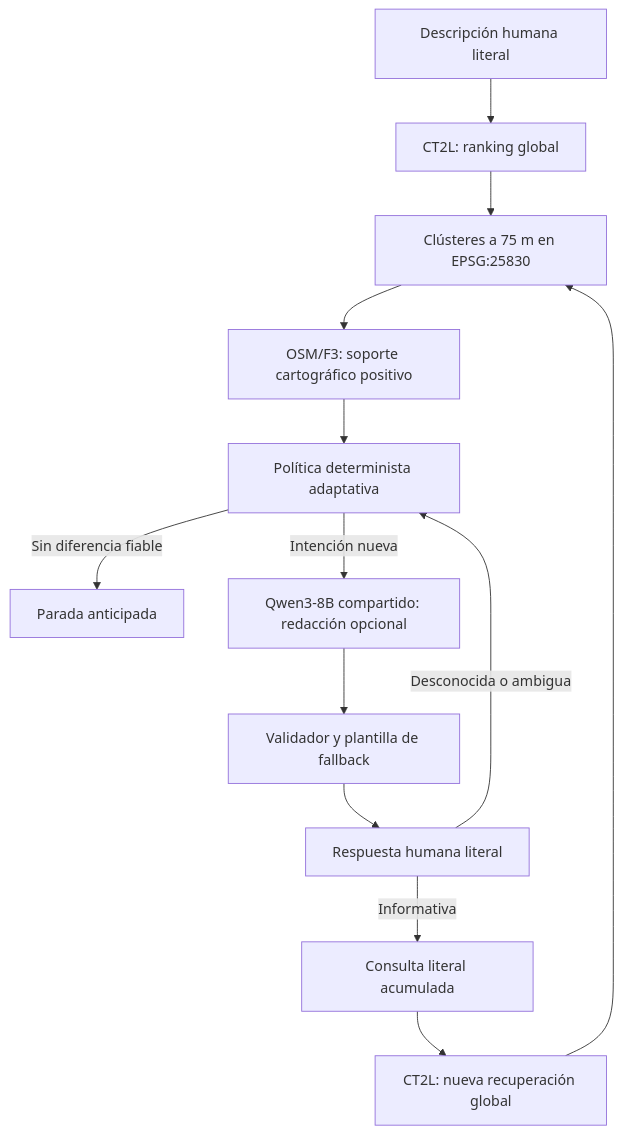
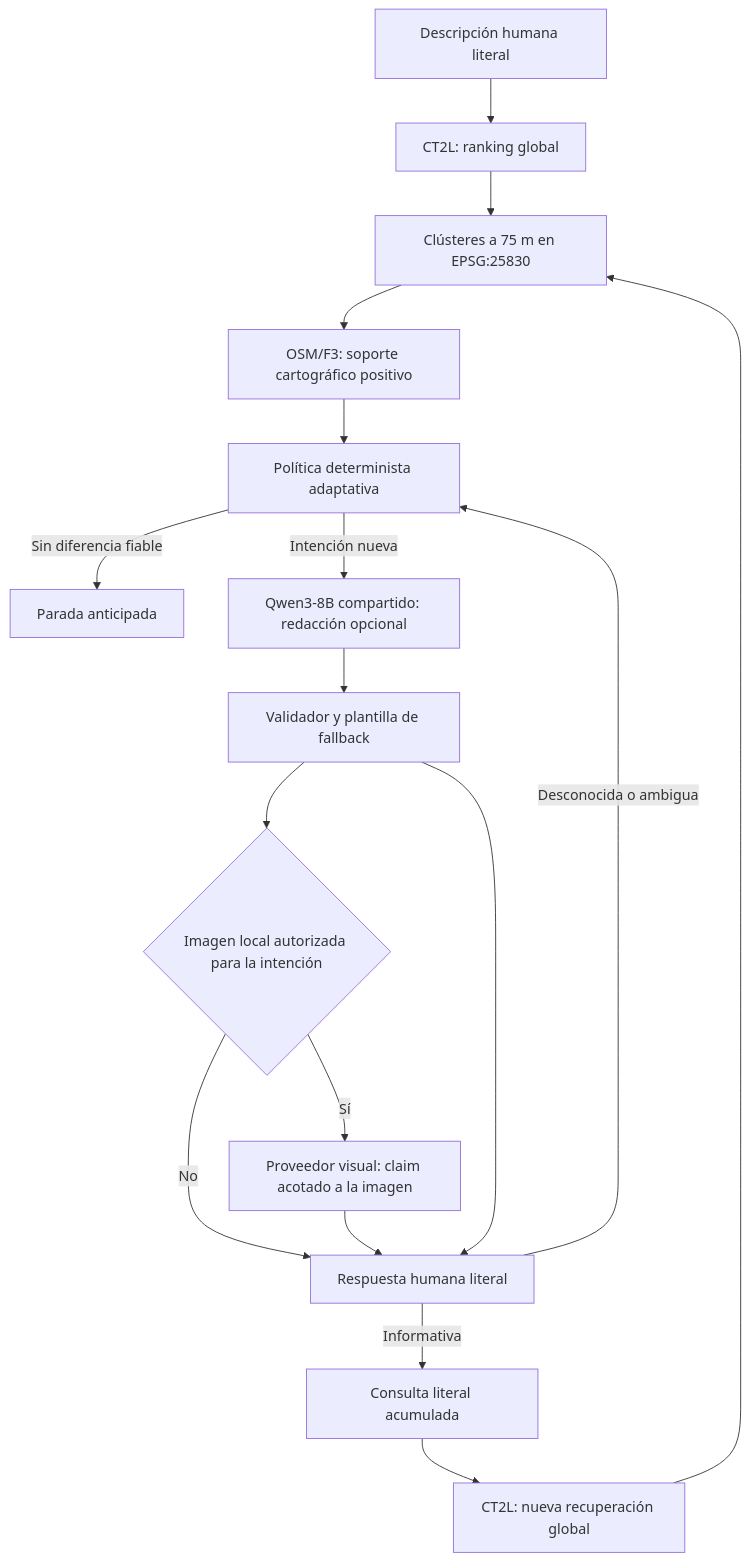
One commit to gaxur/TFG-geolocalizacion-textual changed the first of 3 diagrams in docs/INTERACTIVE_DIALOGUE_MVP.md. Above: the diagram before and after it, drawn with Mermaid. The commit also changed other lines of this file and 52 other files, not shown here.

````diff
--- a/docs/INTERACTIVE_DIALOGUE_MVP.md
+++ b/docs/INTERACTIVE_DIALOGUE_MVP.md
@@ -21,15 +24,19 @@
 ```mermaid
 flowchart TD
     U[Descripción humana literal] --> C1[CT2L: ranking global]
     C1 --> H[Clústeres a 75 m en EPSG:25830]
     H --> F[OSM/F3: soporte cartográfico positivo]
     F --> P[Política determinista adaptativa]
     P -->|Sin diferencia fiable| S[Parada anticipada]
     P -->|Intención nueva| Q[Qwen3-8B compartido: redacción opcional]
     Q --> V[Validador y plantilla de fallback]
+    V --> X{Imagen local autorizada para la intención}
+    X -->|Sí| XV[Proveedor visual: claim acotado a la imagen]
+    X -->|No| A
+    XV --> A
     V --> A[Respuesta humana literal]
     A -->|Informativa| L[Consulta literal acumulada]
     A -->|Desconocida o ambigua| P
     L --> C2[CT2L: nueva recuperación global]
     C2 --> H
 ```
````
